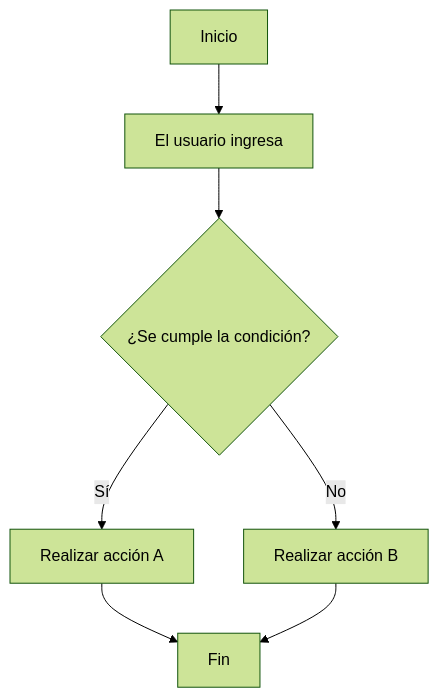
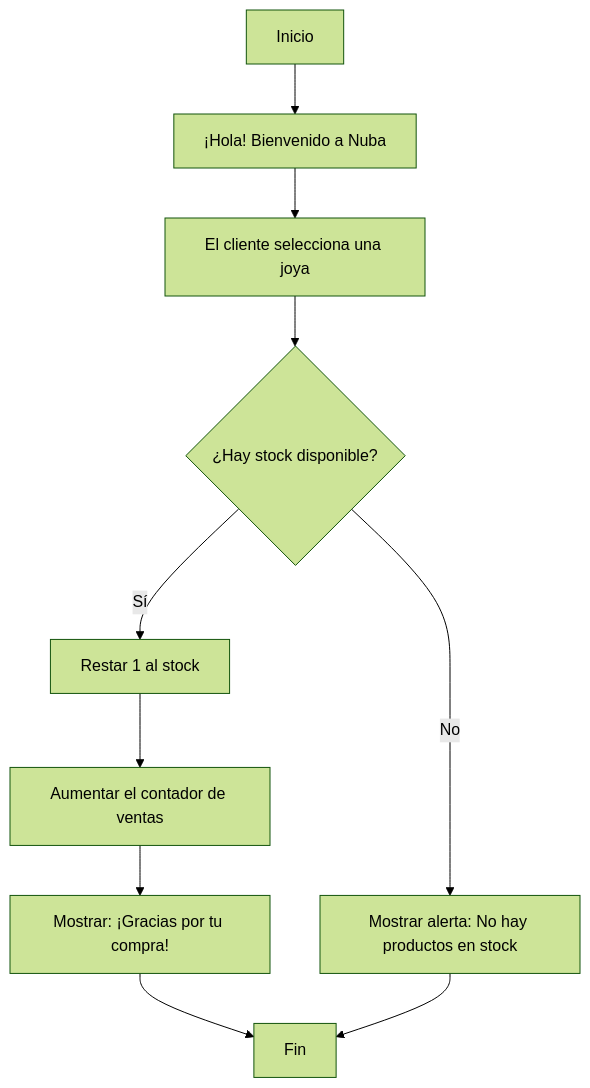
The diagram in Docs/Jessi.md (BenjaJSH1906-pixel/proyectos_emprendimiento_logica_scratch), drawn with Mermaid (forest theme) before and after one commit. The commit also changed other lines of this file, not shown here.

````diff
--- a/Docs/Jessi.md
+++ b/Docs/Jessi.md
@@ -11,9 +11,14 @@
 ```mermaid
 flowchart TD
-    A[Inicio] --> B[El usuario ingresa <dato>]
-    B --> C{¿Se cumple la condición?}
-    C -- Sí --> D[Realizar acción A]
-    C -- No --> E[Realizar acción B]
-    D --> F[Fin]
-    E --> F
+    A[Inicio] --> B[¡Hola! Bienvenido a Nuba]
+    B --> C[El cliente selecciona una joya]
+    C --> D{¿Hay stock disponible?}
+
+    D -- Sí --> E[Restar 1 al stock]
+    E --> F[Aumentar el contador de ventas]
+    F --> G[Mostrar: ¡Gracias por tu compra!]
+    G --> Z[Fin]
+
+    D -- No --> H[Mostrar alerta: No hay productos en stock]
+    H --> Z
 ```
````
